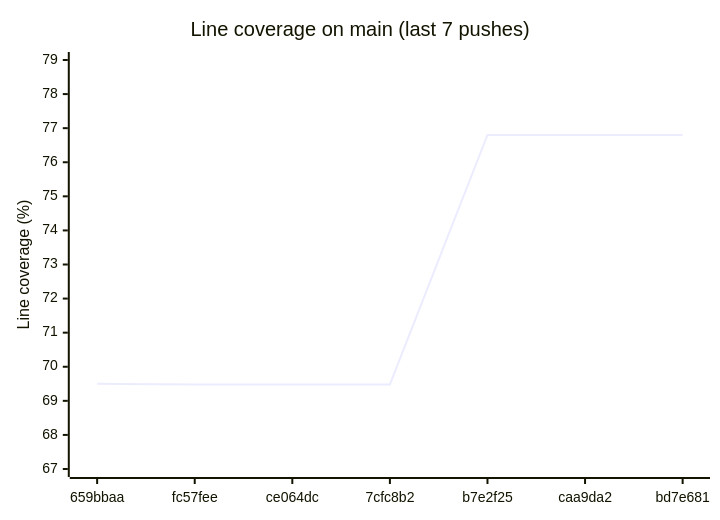
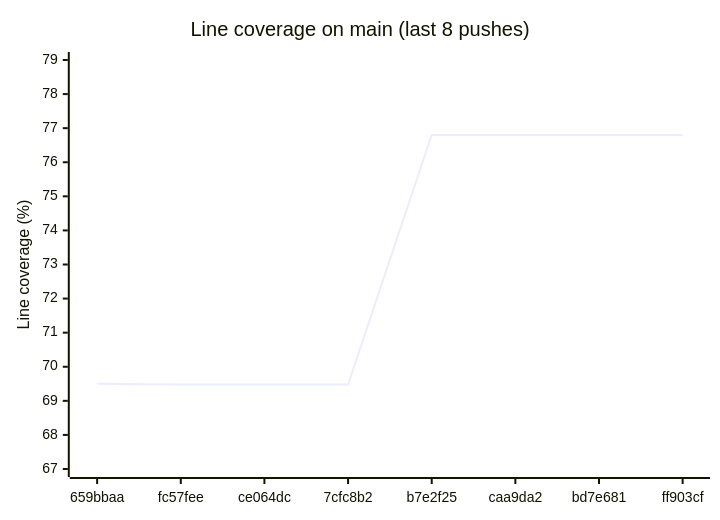
Before and after one commit to enaweg/godot-epluginframework: the diagram in README.md, drawn with Mermaid. The commit also changed other lines of this file and 2 other files, not shown here.

Commit message:
chore: record coverage of ff903cf

````diff
--- a/README.md
+++ b/README.md
@@ -9,7 +9,7 @@
 ```mermaid
 xychart-beta
-    title "Line coverage on main (last 7 pushes)"
-    x-axis ["659bbaa", "fc57fee", "ce064dc", "7cfc8b2", "b7e2f25", "caa9da2", "bd7e681"]
+    title "Line coverage on main (last 8 pushes)"
+    x-axis ["659bbaa", "fc57fee", "ce064dc", "7cfc8b2", "b7e2f25", "caa9da2", "bd7e681", "ff903cf"]
     y-axis "Line coverage (%)" 67 --> 79
-    line [69.50, 69.48, 69.48, 69.48, 76.80, 76.80, 76.80]
+    line [69.50, 69.48, 69.48, 69.48, 76.80, 76.80, 76.80, 76.80]
 ```
````
